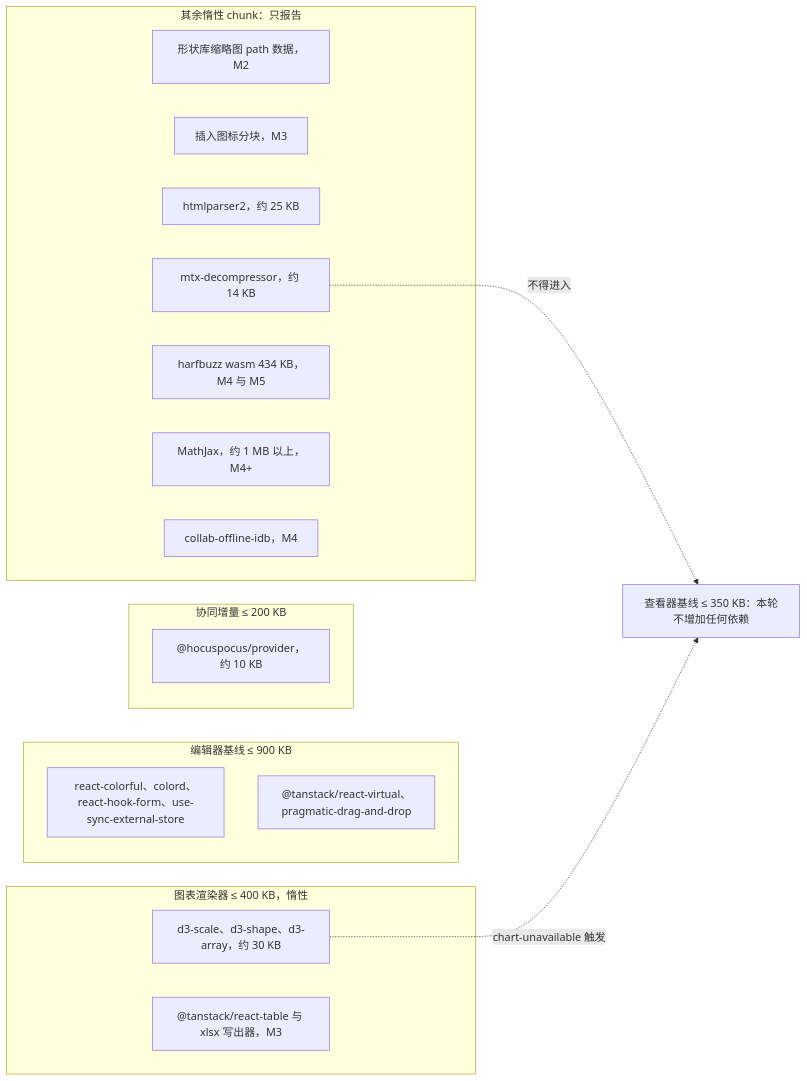
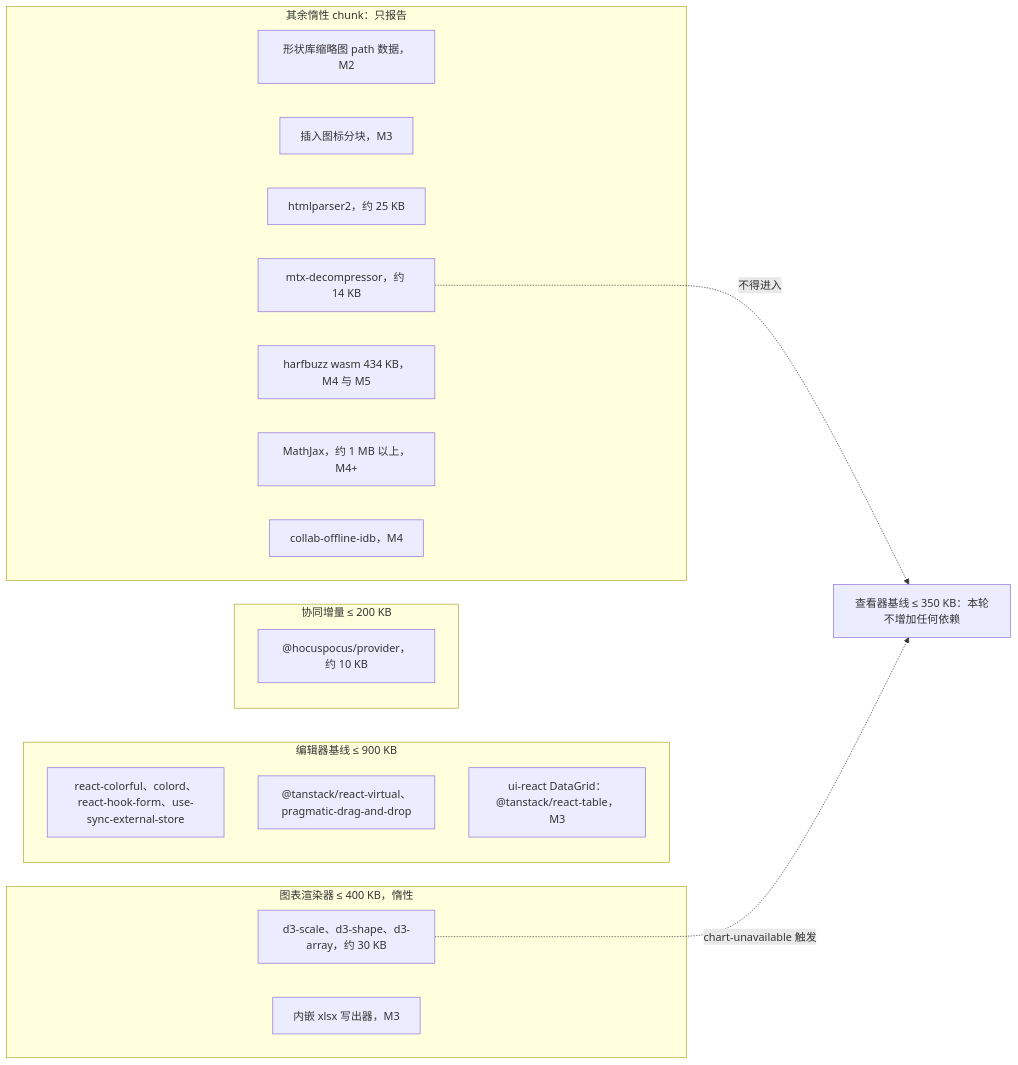
Before and after one commit to Xeonice/cordis-ppt-editor: the fourth of 6 diagrams in docs/50-frontend/13-performance-and-bundling.md, drawn with Mermaid. The commit also changed other lines of this file and 11 other files, not shown here.

````diff
--- a/docs/50-frontend/13-performance-and-bundling.md
+++ b/docs/50-frontend/13-performance-and-bundling.md
@@ -263,26 +263,27 @@
 ```mermaid
 flowchart LR
   subgraph editorBase["编辑器基线 ≤ 900 KB"]
     uiNew["react-colorful、colord、react-hook-form、use-sync-external-store"]
     railNew["@tanstack/react-virtual、pragmatic-drag-and-drop"]
+    grid["ui-react DataGrid：@tanstack/react-table，M3"]
   end
   subgraph collabInc["协同增量 ≤ 200 KB"]
     hp["@hocuspocus/provider，约 10 KB"]
   end
   subgraph chartLazy["图表渲染器 ≤ 400 KB，惰性"]
     d3["d3-scale、d3-shape、d3-array，约 30 KB"]
-    grid["@tanstack/react-table 与 xlsx 写出器，M3"]
+    xlsx["内嵌 xlsx 写出器，M3"]
   end
   subgraph otherLazy["其余惰性 chunk：只报告"]
     sprite["形状库缩略图 path 数据，M2"]
     icons["插入图标分块，M3"]
     html2["htmlparser2，约 25 KB"]
     mtx["mtx-decompressor，约 14 KB"]
     hb["harfbuzz wasm 434 KB，M4 与 M5"]
     mj["MathJax，约 1 MB 以上，M4+"]
     idb["collab-offline-idb，M4"]
   end
   viewerBase["查看器基线 ≤ 350 KB：本轮不增加任何依赖"]
   mtx -. "不得进入" .-> viewerBase
   d3 -. "chart-unavailable 触发" .-> viewerBase
 ```
````
